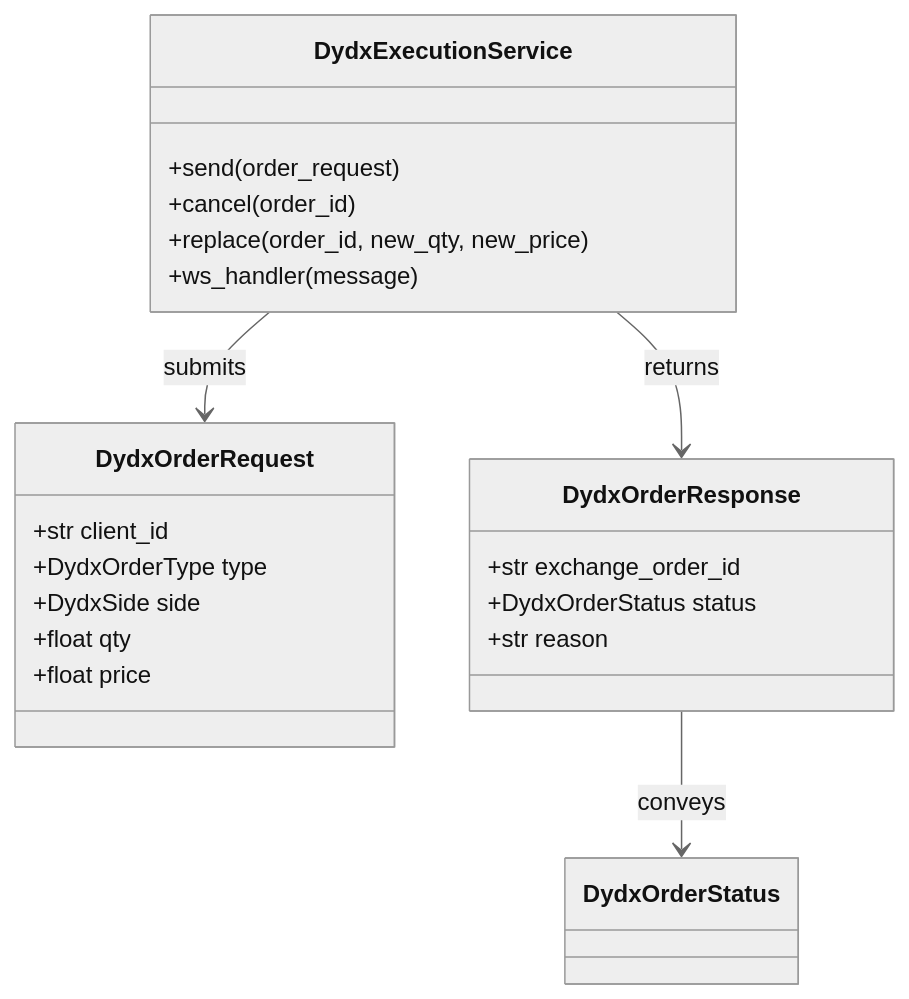
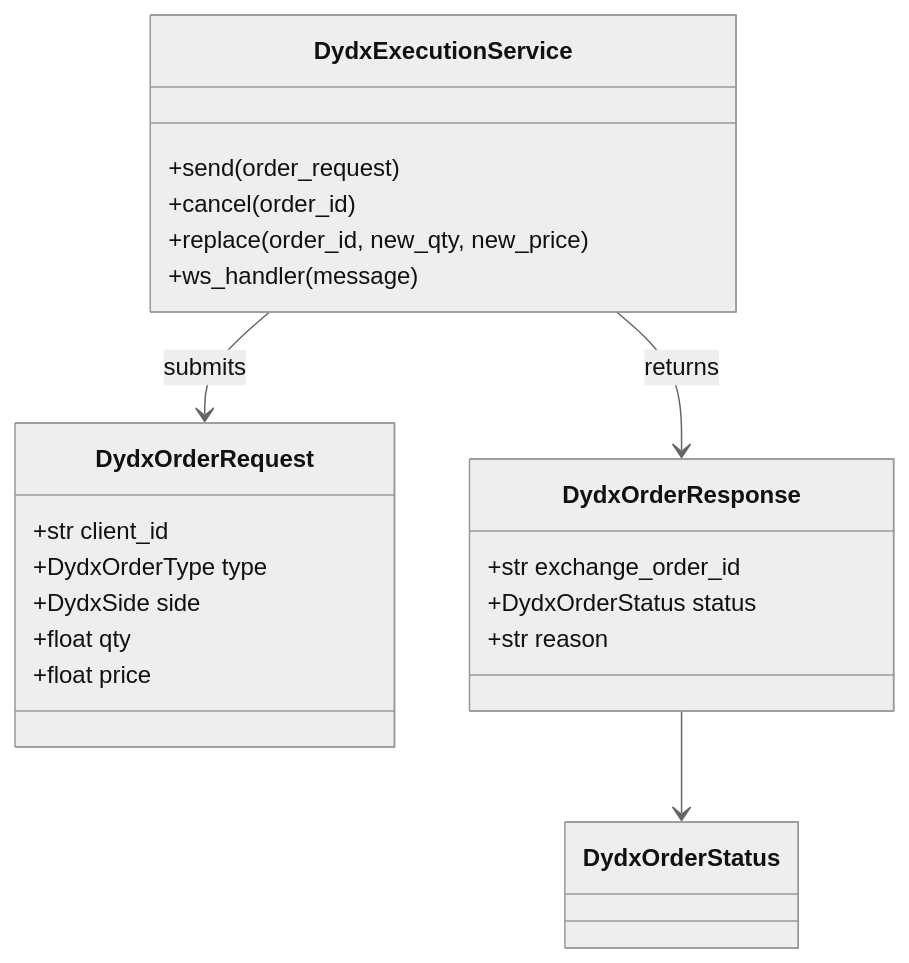
Diagram 14 of 14 in diagrams.md (nicolad/nautilus-trader-dydx), drawn with Mermaid (neutral theme) before and after one commit. The commit also changed other lines of this file, not shown here.

````diff
--- a/diagrams.md
+++ b/diagrams.md
@@ -296,27 +399,27 @@
 ```mermaid
 classDiagram
     class DydxExecutionService {
         +send(order_request)
         +cancel(order_id)
         +replace(order_id, new_qty, new_price)
         +ws_handler(message)
     }
 
     class DydxOrderRequest {
         +str client_id
         +DydxOrderType type
         +DydxSide side
         +float qty
         +float price
     }
 
     class DydxOrderResponse {
         +str exchange_order_id
         +DydxOrderStatus status
         +str reason
     }
 
     DydxExecutionService --> DydxOrderRequest : submits
     DydxExecutionService --> DydxOrderResponse : returns
-    DydxOrderResponse --> DydxOrderStatus : conveys
+    DydxOrderResponse --> DydxOrderStatus
 ```
````
